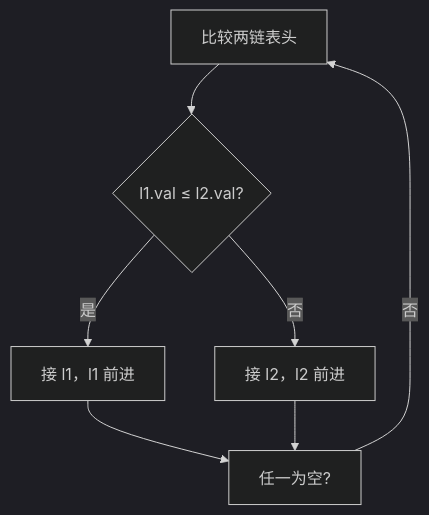
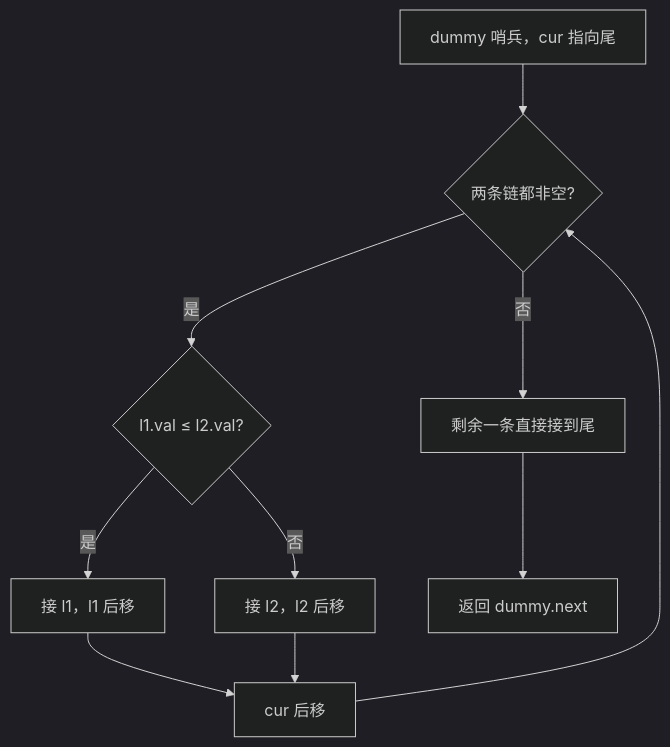
Before and after one commit to OctalZero/hot100-py: the first of 2 diagrams in 08-链表/0021-合并两个有序链表.md, drawn with Mermaid (dark theme). The commit also changed other lines of this file and 117 other files, not shown here.

First line of the commit message:
feat: 全题解配图升级为「动画式 mermaid」（总览骨架 + 横向时间线逐步推演）

````diff
--- a/08-链表/0021-合并两个有序链表.md
+++ b/08-链表/0021-合并两个有序链表.md
@@ -20,9 +20,12 @@
 ```mermaid
 flowchart TD
-    A["比较两链表头"] --> B{"l1.val ≤ l2.val?"}
-    B -- "是" --> C["接 l1，l1 前进"]
-    B -- "否" --> D["接 l2，l2 前进"]
-    C --> E["任一为空?"]
-    D --> E
-    E -- "否" --> A
+    A["dummy 哨兵，cur 指向尾"] --> B{"两条链都非空?"}
+    B -->|"是"| C{"l1.val ≤ l2.val?"}
+    C -->|"是"| D["接 l1，l1 后移"]
+    C -->|"否"| E["接 l2，l2 后移"]
+    D --> F["cur 后移"]
+    E --> F
+    F --> B
+    B -->|"否"| G["剩余一条直接接到尾"]
+    G --> H["返回 dummy.next"]
 ```
````
